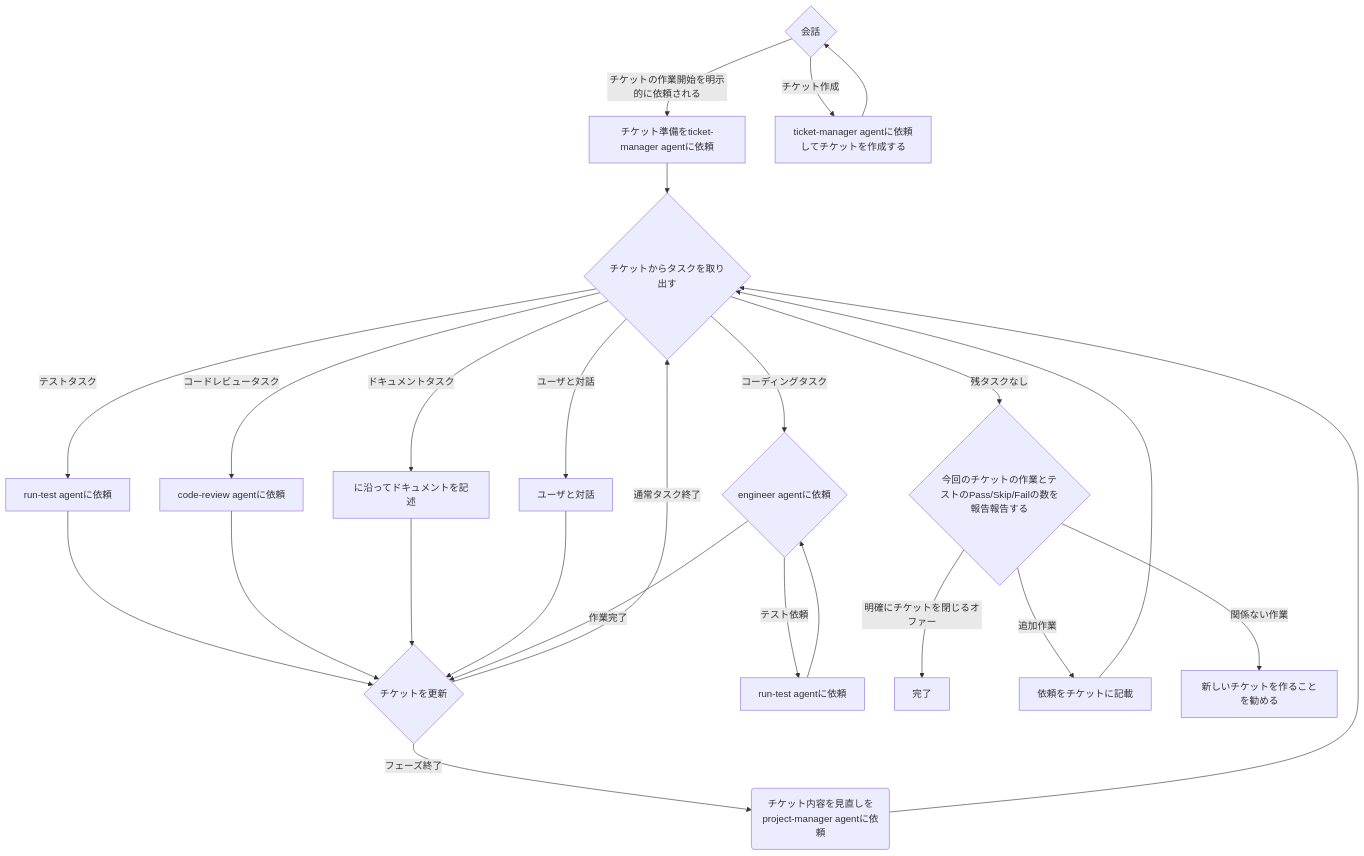
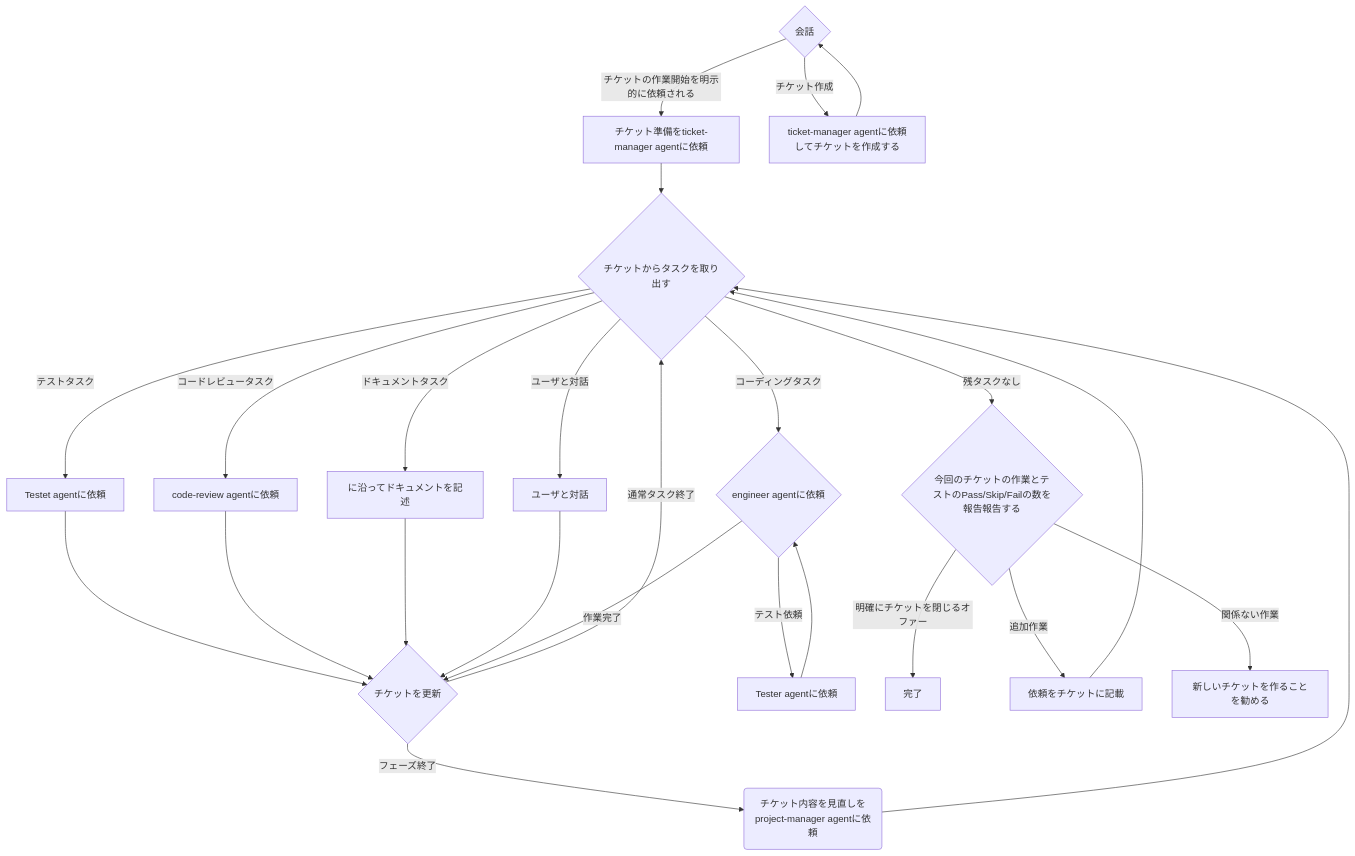
One commit to masuidrive/procman changed the diagram in CLAUDE.md. Above: the diagram before and after it, drawn with Mermaid. The commit also changed other lines of this file and 11 other files, not shown here.

````diff
--- a/CLAUDE.md
+++ b/CLAUDE.md
@@ -102,23 +102,23 @@
 ```mermaid
 flowchart TD
     start{"会話"}
     start -->|チケットの作業開始を明示的に依頼される| dev-prep["チケット準備をticket-manager agentに依頼"]
     start -->|チケット作成| create-ticket["ticket-manager agentに依頼してチケットを作成する"] --> start
 
     dev-prep --> pick-task{"チケットからタスクを取り出す"}
     pick-task -->|コーディングタスク| engineer{"engineer agentに依頼"}
-    pick-task -->|テストタスク| run-test["run-test agentに依頼"] --> fin-task
+    pick-task -->|テストタスク| run-test["Testet agentに依頼"] --> fin-task
     pick-task -->|コードレビュータスク| code-review["code-review agentに依頼"] --> fin-task
     pick-task -->|ドキュメントタスク| document["<document>に沿ってドキュメントを記述"] --> fin-task
     pick-task -->|ユーザと対話| talk2["ユーザと対話"] --> fin-task
     pick-task -->|残タスクなし| no-task{"今回のチケットの作業とテストのPass/Skip/Failの数を報告報告する"}
     fin-task{"チケットを更新"} -->|通常タスク終了| pick-task
     fin-task -->|フェーズ終了| refine-ticker("チケット内容を見直しをproject-manager agentに依頼") --> pick-task
 
     engineer -->|作業完了| fin-task
-    engineer -->|テスト依頼| engineer-test["run-test agentに依頼"] --> engineer
+    engineer -->|テスト依頼| engineer-test["Tester agentに依頼"] --> engineer
 
     no-task -->|明確にチケットを閉じるオファー| close-ticket["完了"]
     no-task -->|追加作業| new-task["依頼をチケットに記載"] --> pick-task
     no-task -->|関係ない作業| other-task["新しいチケットを作ることを勧める"]
 ```
````
